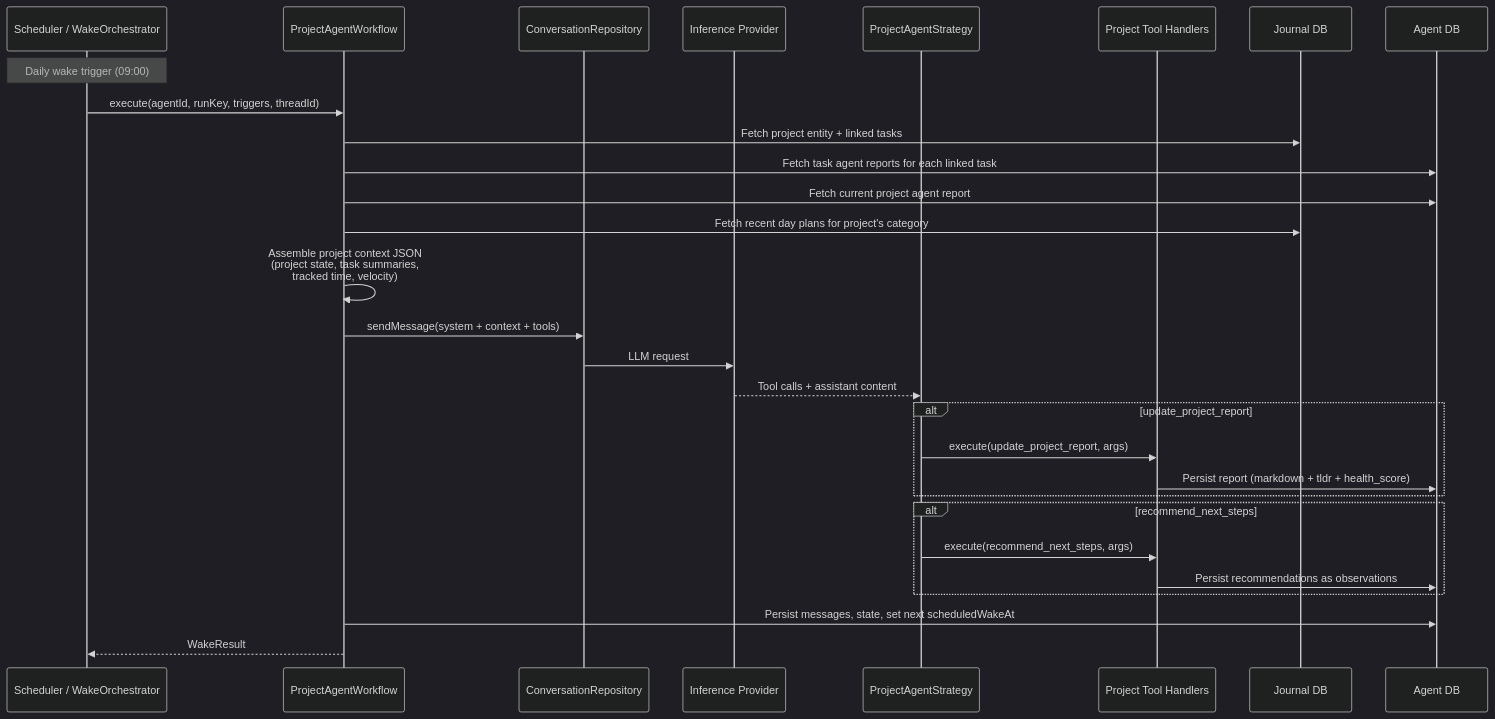
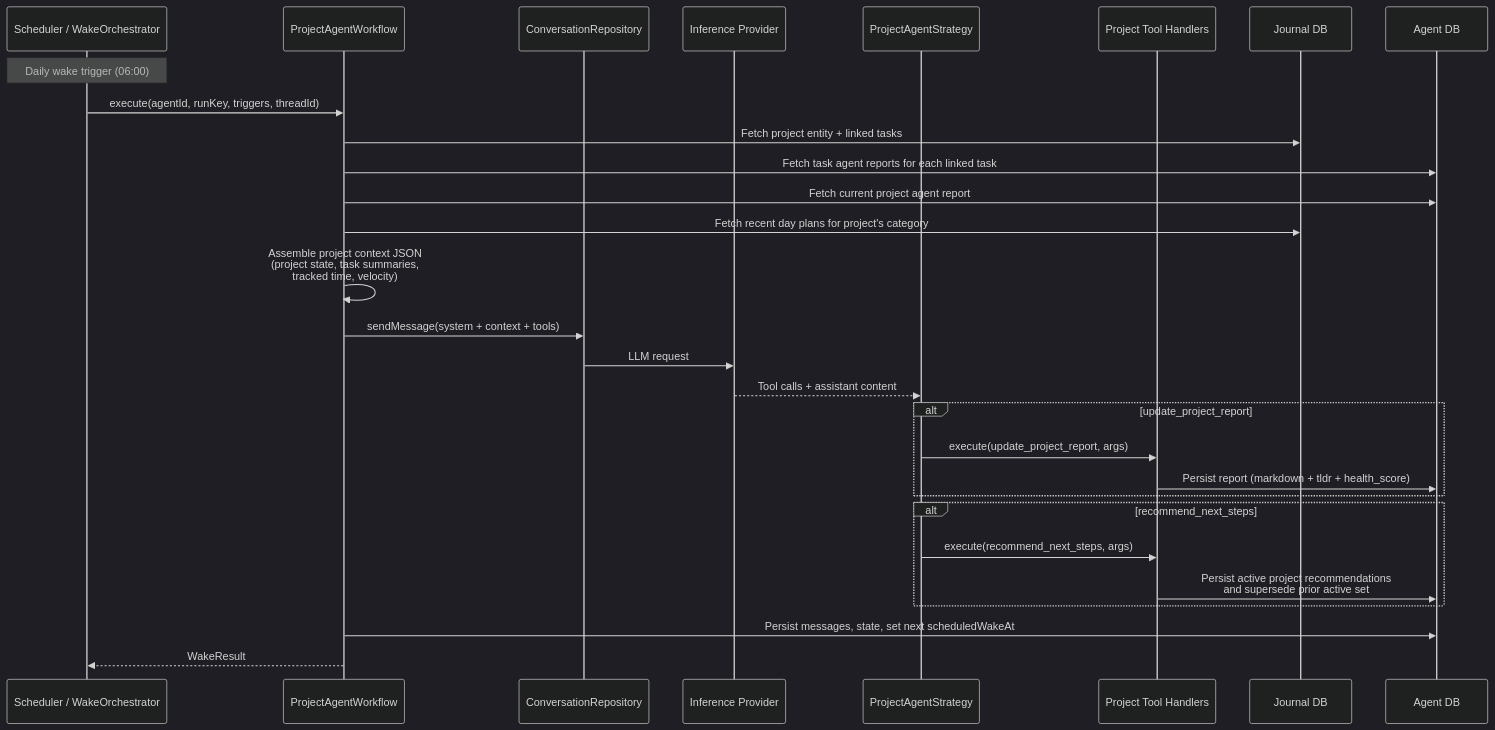
The fourth of 6 diagrams in docs/implementation_plans/2026-03-16_introduce_projects.md (matthiasn/lotti), drawn with Mermaid (dark theme) before and after one commit. The commit also changed other lines of this file and 75 other files, not shown here.

````diff
--- a/docs/implementation_plans/2026-03-16_introduce_projects.md
+++ b/docs/implementation_plans/2026-03-16_introduce_projects.md
@@ -408,40 +488,40 @@
 ```mermaid
 sequenceDiagram
     participant Sched as Scheduler / WakeOrchestrator
     participant PAW as ProjectAgentWorkflow
     participant CR as ConversationRepository
     participant Model as Inference Provider
     participant PAS as ProjectAgentStrategy
     participant Tools as Project Tool Handlers
     participant JDB as Journal DB
     participant ADB as Agent DB
 
-    Note over Sched: Daily wake trigger (09:00)
+    Note over Sched: Daily wake trigger (06:00)
 
     Sched->>PAW: execute(agentId, runKey, triggers, threadId)
 
     PAW->>JDB: Fetch project entity + linked tasks
     PAW->>ADB: Fetch task agent reports for each linked task
     PAW->>ADB: Fetch current project agent report
     PAW->>JDB: Fetch recent day plans for project's category
 
     PAW->>PAW: Assemble project context JSON<br/>(project state, task summaries,<br/>tracked time, velocity)
 
     PAW->>CR: sendMessage(system + context + tools)
     CR->>Model: LLM request
 
     Model-->>PAS: Tool calls + assistant content
 
     alt update_project_report
         PAS->>Tools: execute(update_project_report, args)
         Tools->>ADB: Persist report (markdown + tldr + health_score)
     end
 
     alt recommend_next_steps
         PAS->>Tools: execute(recommend_next_steps, args)
-        Tools->>ADB: Persist recommendations as observations
+        Tools->>ADB: Persist active project recommendations<br/>and supersede prior active set
     end
 
     PAW->>ADB: Persist messages, state, set next scheduledWakeAt
     PAW-->>Sched: WakeResult
 ```
````
